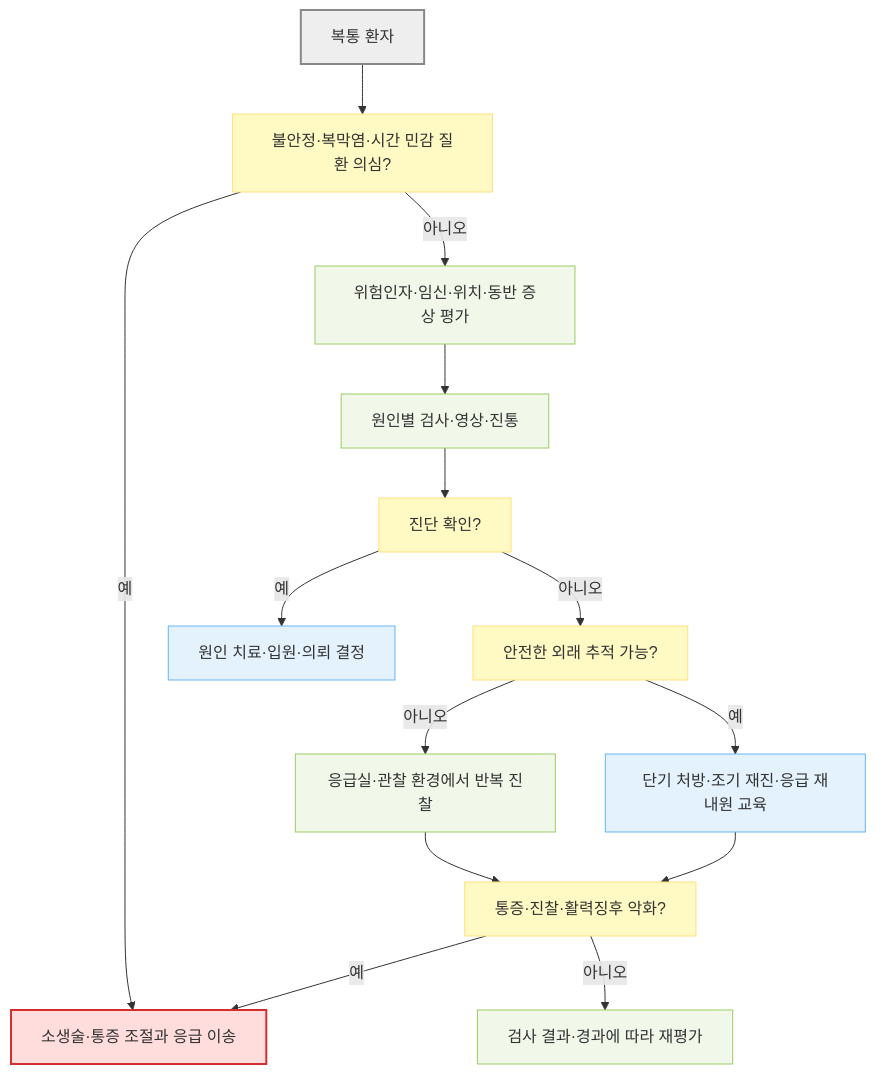
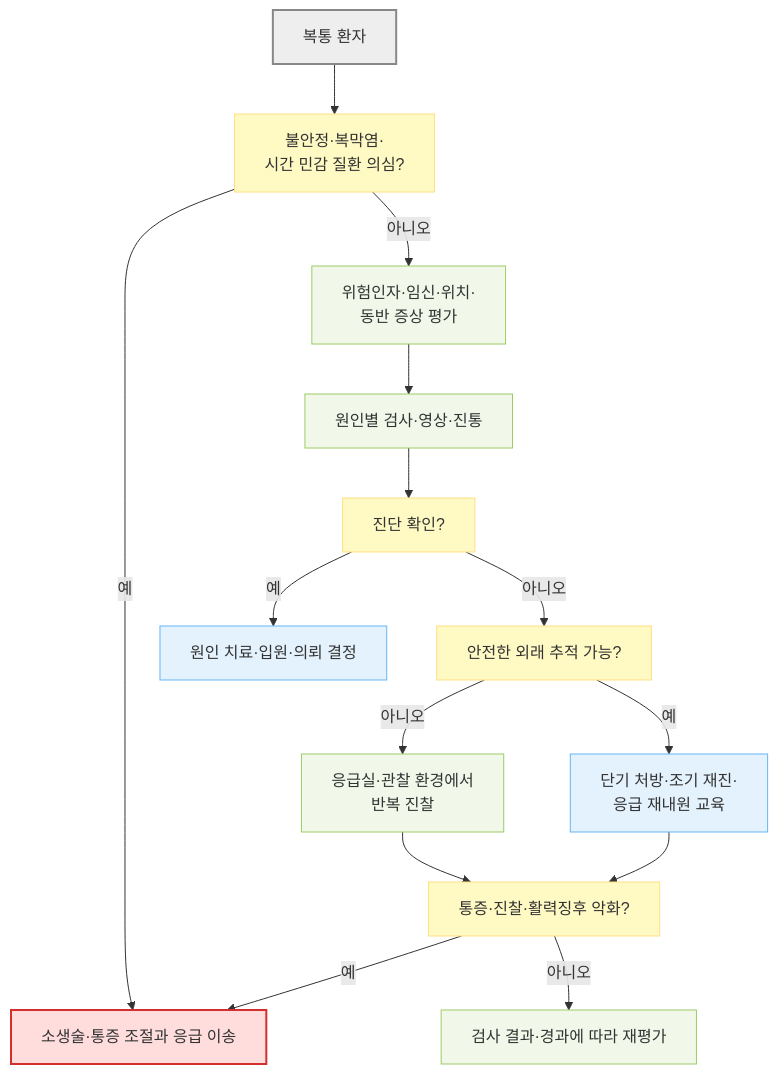
Before and after one commit to familyoh77/familyoh77: the fourth of 4 diagrams in 220_/003_-abdominal-pain.md, drawn with Mermaid. The commit also changed other lines of this file, not shown here.

````diff
--- a/220_/003_-abdominal-pain.md
+++ b/220_/003_-abdominal-pain.md
@@ -369,27 +457,26 @@
 ```mermaid
 flowchart TD
-    A["복통 환자"] --> B["불안정·복막염·시간 민감 질환 의심?"]
+    A["복통 환자"] --> B["불안정·복막염·<br/>시간 민감 질환 의심?"]
     B -- "예" --> C["소생술·통증 조절과 응급 이송"]
-    B -- "아니오" --> D["위험인자·임신·위치·동반 증상 평가"]
+    B -- "아니오" --> D["위험인자·임신·위치·<br/>동반 증상 평가"]
     D --> E["원인별 검사·영상·진통"]
     E --> F["진단 확인?"]
     F -- "예" --> G["원인 치료·입원·의뢰 결정"]
     F -- "아니오" --> H["안전한 외래 추적 가능?"]
-    H -- "아니오" --> I["응급실·관찰 환경에서 반복 진찰"]
-    H -- "예" --> J["단기 처방·조기 재진·응급 재내원 교육"]
+    H -- "아니오" --> I["응급실·관찰 환경에서 <br/>반복 진찰"]
+    H -- "예" --> J["단기 처방·조기 재진·<br/>응급 재내원 교육"]
     I --> K["통증·진찰·활력징후 악화?"]
     J --> K
     K -- "예" --> C
     K -- "아니오" --> L["검사 결과·경과에 따라 재평가"]
-
     classDef start fill:#eeeeee,stroke:#888888,stroke-width:2px
     classDef question fill:#fff9c4,stroke:#ffe082
     classDef emergency fill:#ffdddd,stroke:#d32f2f,stroke-width:2px
     classDef evaluation fill:#f1f8e9,stroke:#9ccc65
     classDef treatment fill:#e3f2fd,stroke:#64b5f6
     class A start
     class B,F,H,K question
     class C emergency
     class D,E,I,L evaluation
     class G,J treatment
 ```
````
